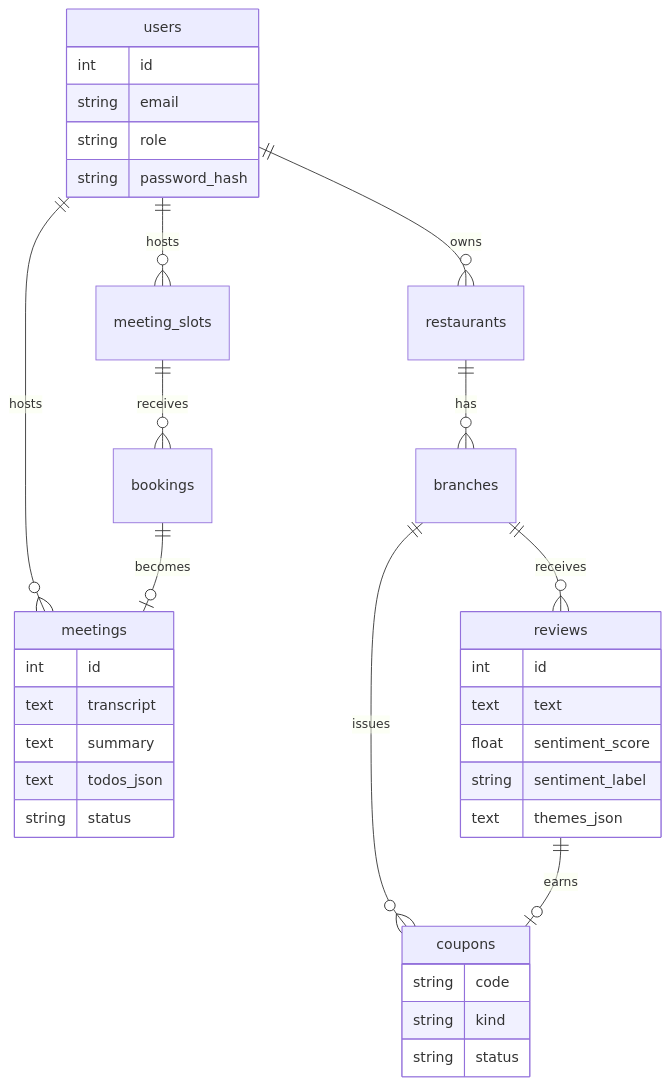
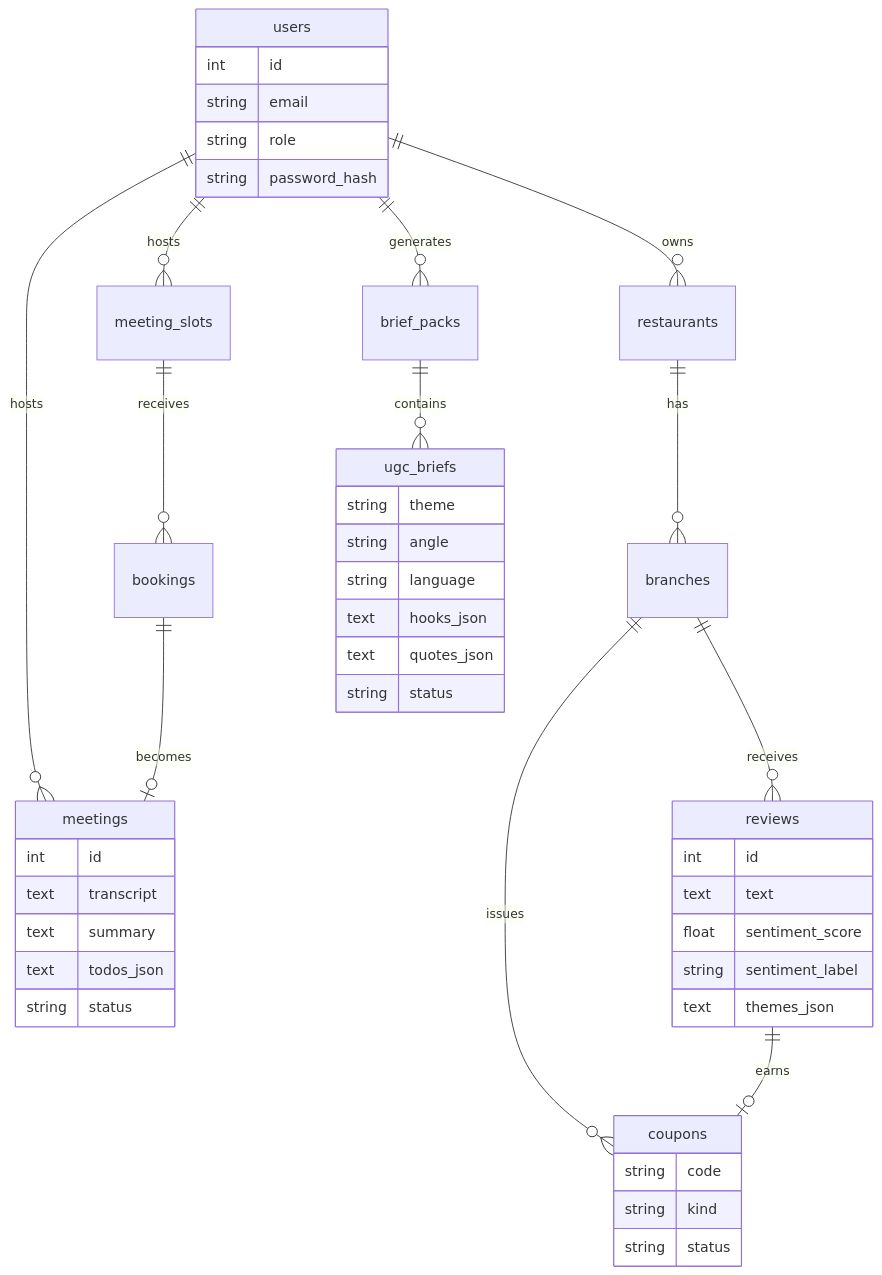
One commit to Ajith33321/ai-workbench changed the fifth of 5 diagrams in README.md. Above: the diagram before and after it, drawn with Mermaid. The commit also changed other lines of this file and 20 other files, not shown here.

First line of the commit message:
Add Review to Reel, a third module that turns guest reviews into bilingual UGC briefs.

````diff
--- a/README.md
+++ b/README.md
@@ -169,38 +193,48 @@
 ```mermaid
 erDiagram
   users ||--o{ meeting_slots : hosts
   users ||--o{ meetings : hosts
   users ||--o{ restaurants : owns
   meeting_slots ||--o{ bookings : receives
   bookings ||--o| meetings : becomes
   restaurants ||--o{ branches : has
   branches ||--o{ reviews : receives
   branches ||--o{ coupons : issues
   reviews ||--o| coupons : earns
+  users ||--o{ brief_packs : generates
+  brief_packs ||--o{ ugc_briefs : contains
 
   users {
     int id
     string email
     string role
     string password_hash
   }
   meetings {
     int id
     text transcript
     text summary
     text todos_json
     string status
   }
   reviews {
     int id
     text text
     float sentiment_score
     string sentiment_label
     text themes_json
   }
   coupons {
     string code
     string kind
     string status
   }
+  ugc_briefs {
+    string theme
+    string angle
+    string language
+    text hooks_json
+    text quotes_json
+    string status
+  }
 ```
````
